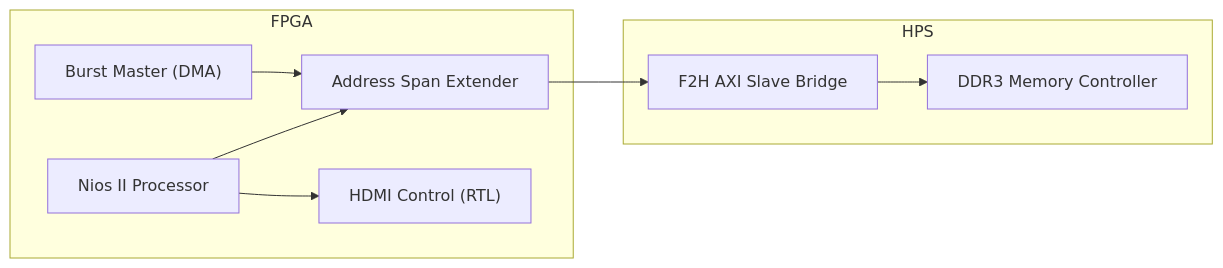
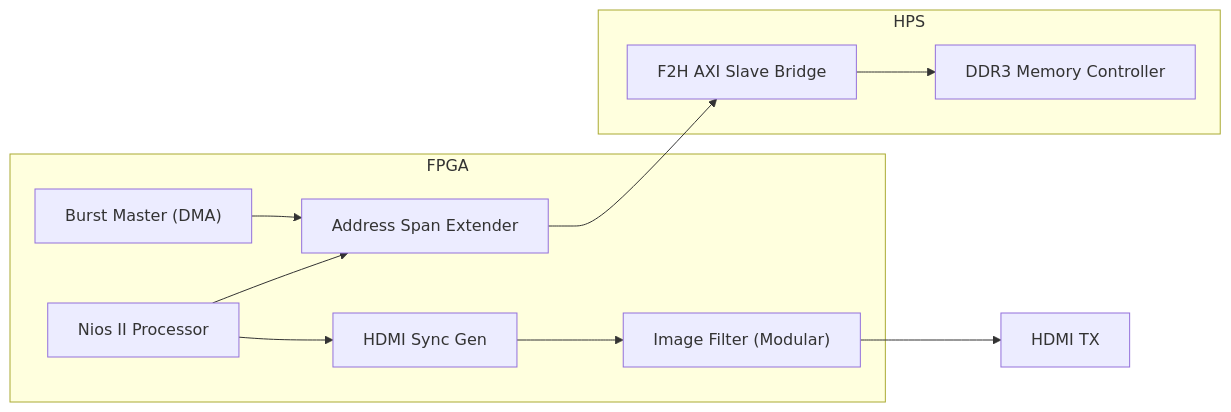
One commit to bccha/video_processing changed the diagram in README.md. Above: the diagram before and after it, drawn with Mermaid. The commit also changed other lines of this file and 25 other files, not shown here.

Commit message:
Integrate modular 3x3 image filters (Blur, Edge, Emboss, Sharpen), update 540p 60fps documentation, and fix linux terminal hang

````diff
--- a/README.md
+++ b/README.md
@@ -18,20 +19,23 @@
 ```mermaid
 graph LR
     subgraph FPGA
         Nios["Nios II Processor"]
         BM["Burst Master (DMA)"]
         ASE["Address Span Extender"]
-        HCP["HDMI Control (RTL)"]
+        HCP["HDMI Sync Gen"]
+        FLT["Image Filter (Modular)"]
     end
 
     subgraph HPS
         AXI["F2H AXI Slave Bridge"]
         DDR["DDR3 Memory Controller"]
     end
 
     Nios --> ASE
     Nios --> HCP
     BM --> ASE
     ASE --> AXI
     AXI --> DDR
+    HCP --> FLT
+    FLT --> Output[HDMI TX]
 ```
````
